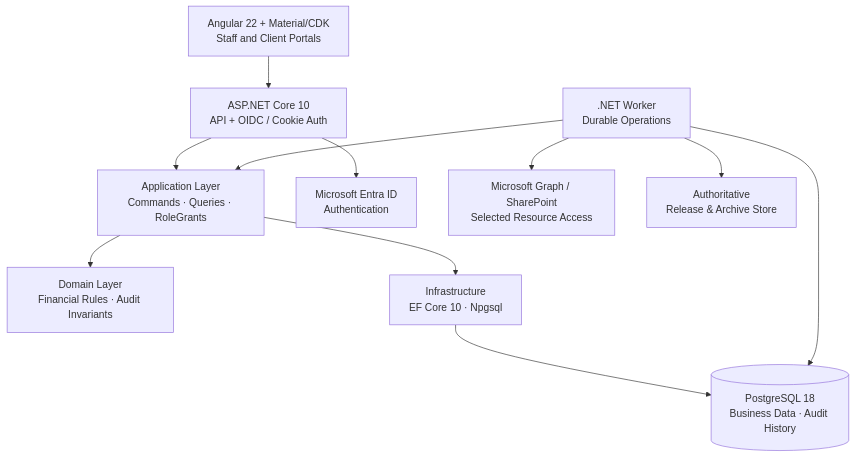
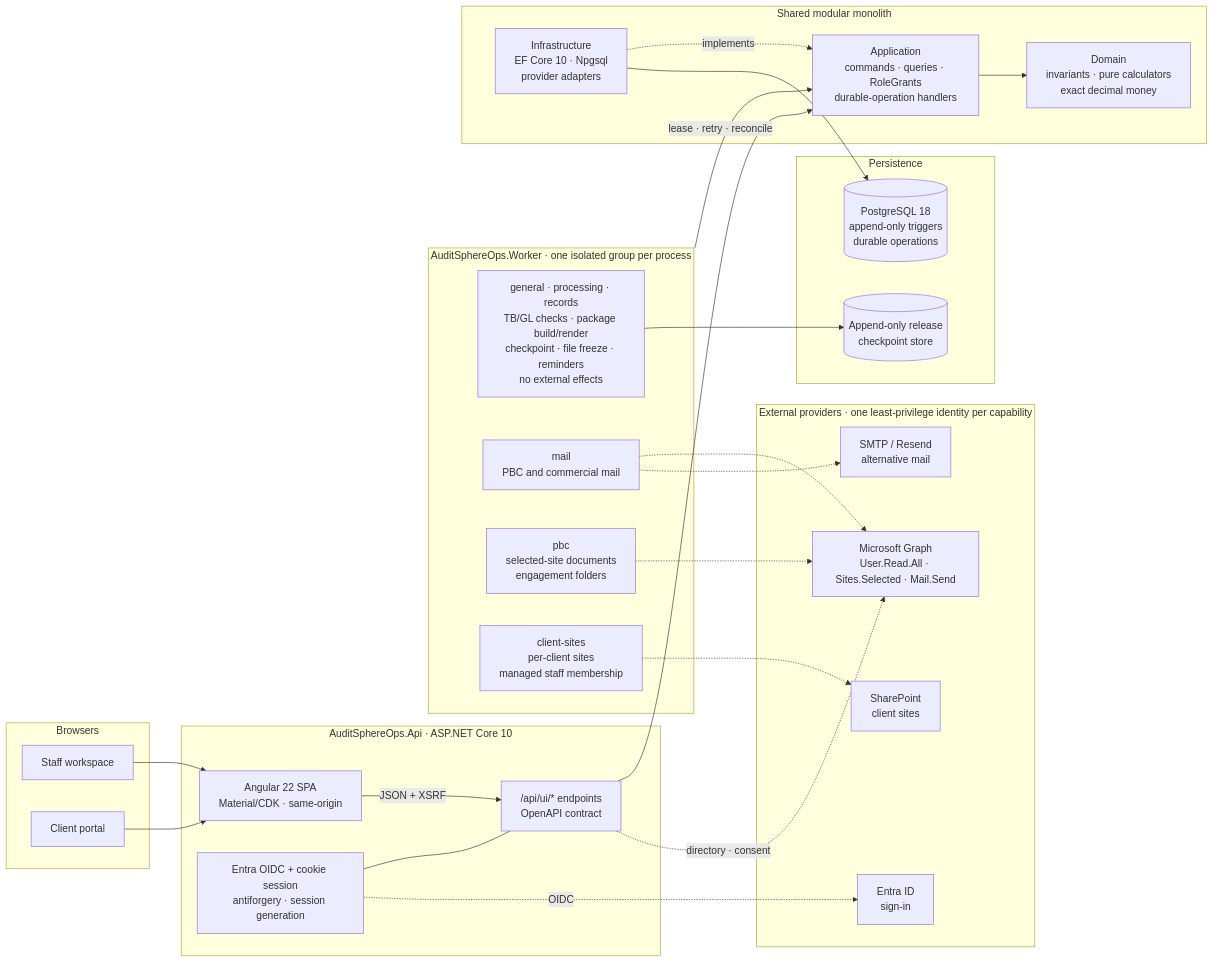
One commit to nirzaf/AuditSphere changed the diagram in README.md. Above: the diagram before and after it, drawn with Mermaid. The commit also changed other lines of this file, not shown here.

Commit message:
docs(readme): ground architecture diagram in project references and worker groups

````diff
--- a/README.md
+++ b/README.md
@@ -22,23 +22,56 @@
 ```mermaid
-flowchart TB
-    U["Angular 22 + Material/CDK<br/>Staff and Client Portals"]
-    A["ASP.NET Core 10<br/>API + OIDC / Cookie Auth"]
-    APP["Application Layer<br/>Commands · Queries · RoleGrants"]
-    D["Domain Layer<br/>Financial Rules · Audit Invariants"]
-    I["Infrastructure<br/>EF Core 10 · Npgsql"]
-    PG[("PostgreSQL 18<br/>Business Data · Audit History")]
-    W[".NET Worker<br/>Durable Operations"]
-    M["Microsoft Entra ID<br/>Authentication"]
-    G["Microsoft Graph / SharePoint<br/>Selected Resource Access"]
-    R["Authoritative<br/>Release & Archive Store"]
-    U --> A
-    A --> APP
-    APP --> D
-    APP --> I
-    I --> PG
-    W --> PG
-    W --> APP
-    A --> M
-    W --> G
-    W --> R
+flowchart LR
+    subgraph Browsers["Browsers"]
+        STAFF["Staff workspace"]
+        PORTAL["Client portal"]
+    end
+
+    subgraph ApiHost["AuditSphereOps.Api · ASP.NET Core 10"]
+        SPA["Angular 22 SPA<br/>Material/CDK · same-origin"]
+        UIAPI["/api/ui/* endpoints<br/>OpenAPI contract"]
+        AUTH["Entra OIDC + cookie session<br/>antiforgery · session generation"]
+        SPA -->|"JSON + XSRF"| UIAPI
+        AUTH --- UIAPI
+    end
+
+    subgraph Workers["AuditSphereOps.Worker · one isolated group per process"]
+        CORE["general · processing · records<br/>TB/GL checks · package build/render<br/>checkpoint · file freeze · reminders<br/>no external effects"]
+        MAIL["mail<br/>PBC and commercial mail"]
+        PBC["pbc<br/>selected-site documents<br/>engagement folders"]
+        SITES["client-sites<br/>per-client sites<br/>managed staff membership"]
+    end
+
+    subgraph Core["Shared modular monolith"]
+        INF["Infrastructure<br/>EF Core 10 · Npgsql<br/>provider adapters"]
+        APP["Application<br/>commands · queries · RoleGrants<br/>durable-operation handlers"]
+        DOM["Domain<br/>invariants · pure calculators<br/>exact decimal money"]
+        INF -.->|"implements"| APP
+        APP --> DOM
+    end
+
+    subgraph Data["Persistence"]
+        PG[("PostgreSQL 18<br/>append-only triggers<br/>durable operations")]
+        CKPT[("Append-only release<br/>checkpoint store")]
+    end
+
+    subgraph External["External providers · one least-privilege identity per capability"]
+        ENTRA["Entra ID<br/>sign-in"]
+        GRAPH["Microsoft Graph<br/>User.Read.All · Sites.Selected · Mail.Send"]
+        SPO["SharePoint<br/>client sites"]
+        SMTP["SMTP / Resend<br/>alternative mail"]
+    end
+
+    STAFF --> SPA
+    PORTAL --> SPA
+    UIAPI --> APP
+    Workers -->|"lease · retry · reconcile"| APP
+    INF --> PG
+    CORE --> CKPT
+
+    AUTH -.->|"OIDC"| ENTRA
+    UIAPI -.->|"directory · consent"| GRAPH
+    MAIL -.-> GRAPH
+    MAIL -.-> SMTP
+    PBC -.-> GRAPH
+    SITES -.-> SPO
 ```
````
